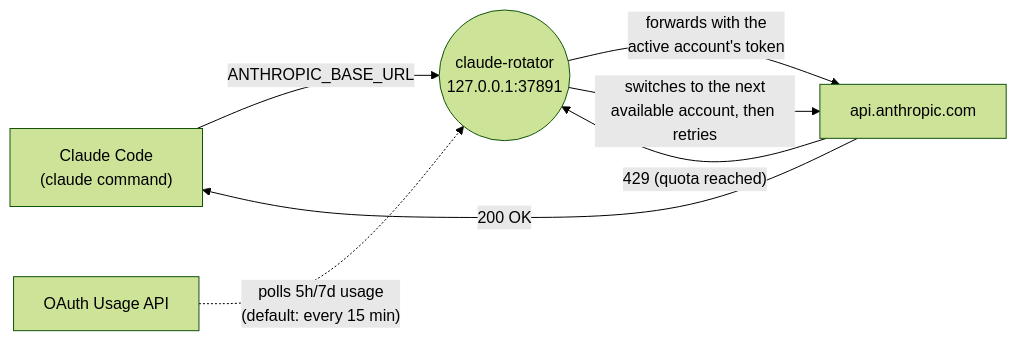
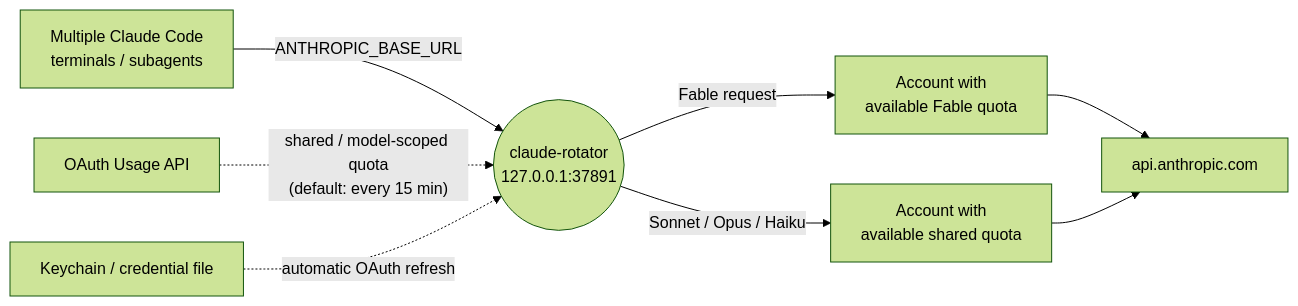
Before and after one commit to taskbrain/claude-rotator: the second of 2 diagrams in README.md, drawn with Mermaid (forest theme). The commit also changed other lines of this file and 1 other file, not shown here.

````diff
--- a/README.md
+++ b/README.md
@@ -674,9 +737,10 @@
 ```mermaid
 flowchart LR
-    CC["Claude Code<br/>(claude command)"] -->|"ANTHROPIC_BASE_URL"| P(("claude-rotator<br/>127.0.0.1:37891"))
-    P -->|"forwards with the<br/>active account's token"| API["api.anthropic.com"]
-    API -->|"200 OK"| CC
-    API -->|"429 (quota reached)"| P
-    P -->|"switches to the next<br/>available account, then retries"| API
-    U["OAuth Usage API"] -.->|"polls 5h/7d usage<br/>(default: every 15 min)"| P
+    CC["Multiple Claude Code<br/>terminals / subagents"] -->|"ANTHROPIC_BASE_URL"| P(("claude-rotator<br/>127.0.0.1:37891"))
+    P -->|"Fable request"| F["Account with<br/>available Fable quota"]
+    P -->|"Sonnet / Opus / Haiku"| O["Account with<br/>available shared quota"]
+    F --> API["api.anthropic.com"]
+    O --> API
+    U["OAuth Usage API"] -.->|"shared / model-scoped quota<br/>(default: every 15 min)"| P
+    C["Keychain / credential file"] -.->|"automatic OAuth refresh"| P
 ```
````
